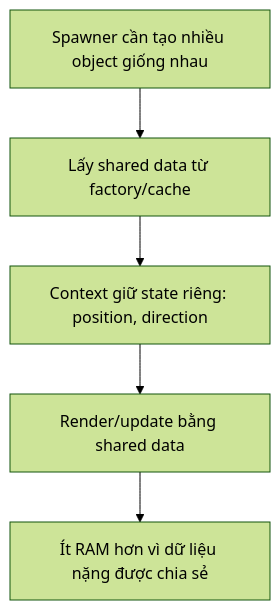
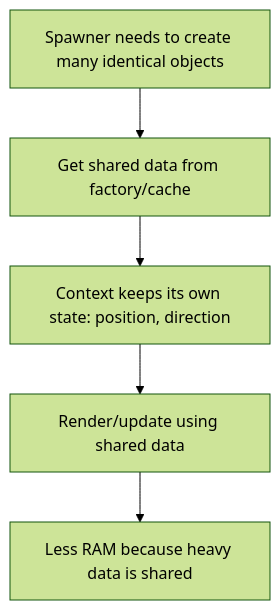
Before and after one commit to bugkodc/Road_Map_GameDev: the second of 3 diagrams in Doc/en/02-Design-Patterns/02-Catalog/02-Structural/06-flyweight.md, drawn with Mermaid (forest theme). The commit also changed other lines of this file and 38 other files, not shown here.

First line of the commit message:
Translate residual Vietnamese in English docs (diagrams, code, strings)

````diff
--- a/Doc/en/02-Design-Patterns/02-Catalog/02-Structural/06-flyweight.md
+++ b/Doc/en/02-Design-Patterns/02-Catalog/02-Structural/06-flyweight.md
@@ -55,7 +55,7 @@
 ```mermaid
 flowchart TD
-  A["Spawner cần tạo nhiều object giống nhau"] --> B["Lấy shared data từ factory/cache"]
-  B --> C["Context giữ state riêng: position, direction"]
-  C --> D["Render/update bằng shared data"]
-  D --> E["Ít RAM hơn vì dữ liệu nặng được chia sẻ"]
+  A["Spawner needs to create many identical objects"] --> B["Get shared data from factory/cache"]
+  B --> C["Context keeps its own state: position, direction"]
+  C --> D["Render/update using shared data"]
+  D --> E["Less RAM because heavy data is shared"]
 ```
````
